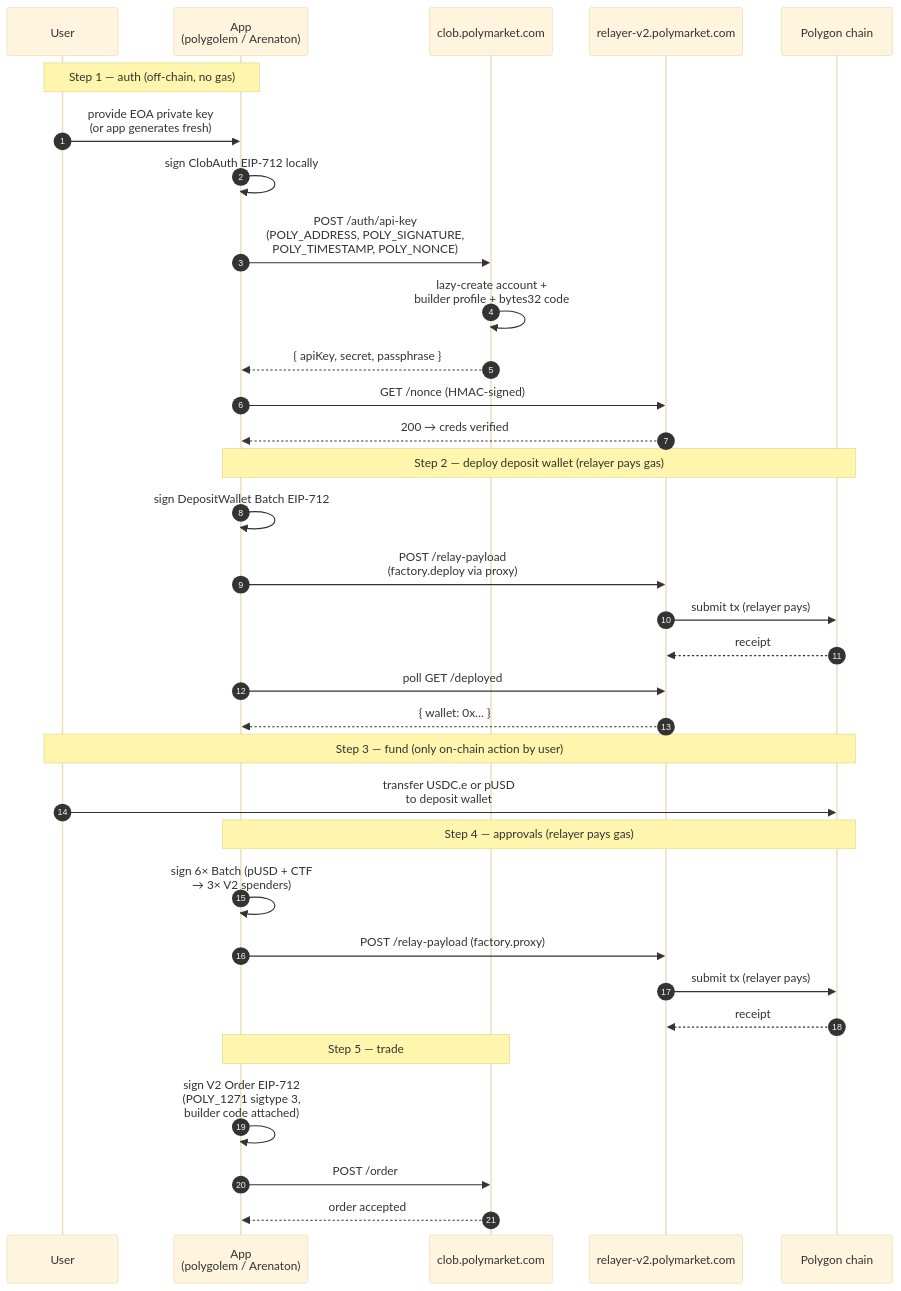
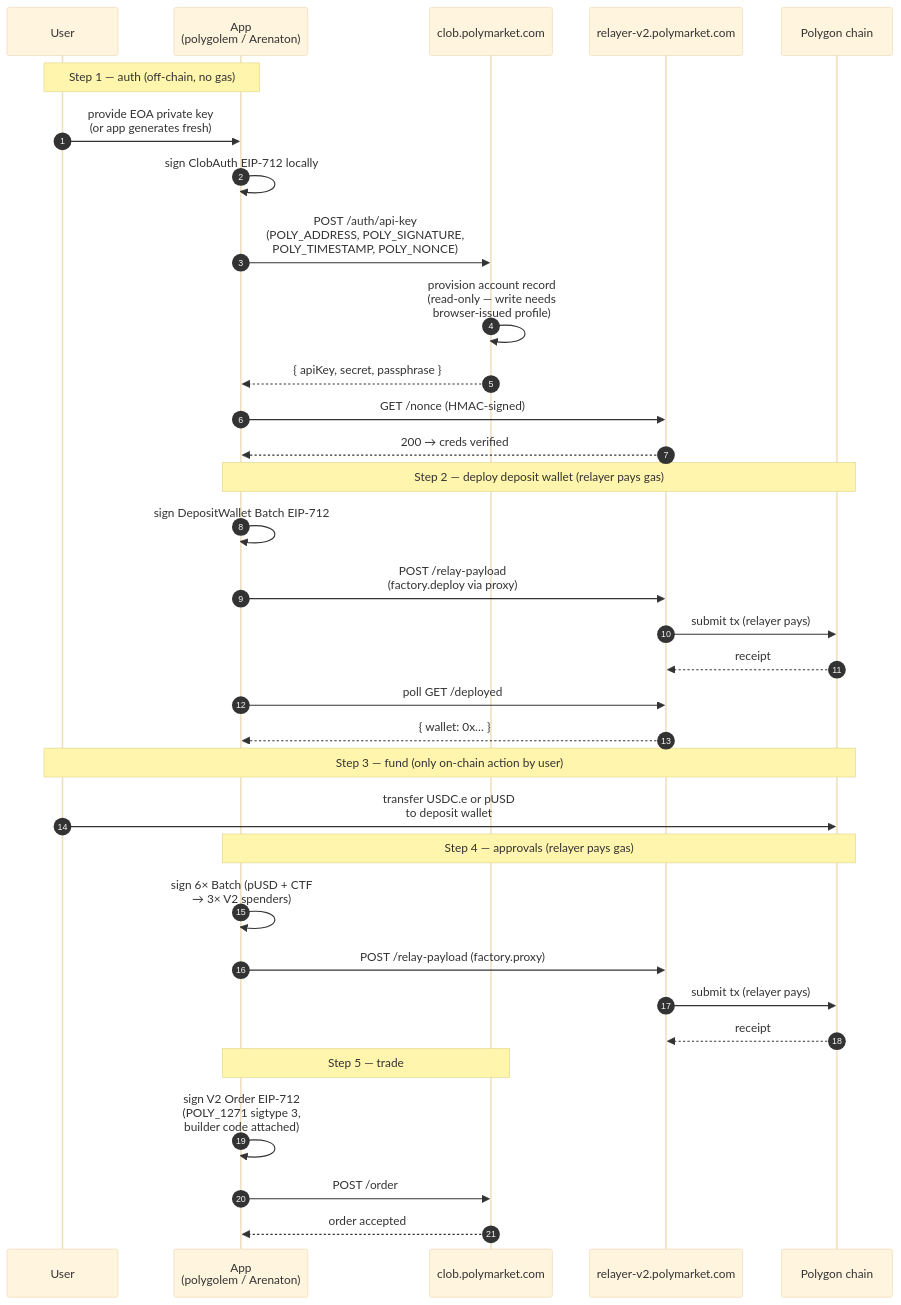
One commit to TrebuchetDynamics/polymarket-cli-go changed the diagram in docs/BUILDER-AUTO.md. Above: the diagram before and after it, drawn with Mermaid (base theme). The commit also changed other lines of this file, not shown here.

First line of the commit message:
docs(builder-auto): correct over-stated lazy-create claim

````diff
--- a/docs/BUILDER-AUTO.md
+++ b/docs/BUILDER-AUTO.md
@@ -34,40 +34,40 @@
 ```mermaid
 sequenceDiagram
     autonumber
     participant U as User
     participant A as App<br/>(polygolem / Arenaton)
     participant C as clob.polymarket.com
     participant R as relayer-v2.polymarket.com
     participant P as Polygon chain
 
     Note over U,A: Step 1 — auth (off-chain, no gas)
     U->>A: provide EOA private key<br/>(or app generates fresh)
     A->>A: sign ClobAuth EIP-712 locally
     A->>C: POST /auth/api-key<br/>(POLY_ADDRESS, POLY_SIGNATURE,<br/>POLY_TIMESTAMP, POLY_NONCE)
-    C->>C: lazy-create account +<br/>builder profile + bytes32 code
+    C->>C: provision account record<br/>(read-only — write needs<br/>browser-issued profile)
     C-->>A: { apiKey, secret, passphrase }
     A->>R: GET /nonce (HMAC-signed)
     R-->>A: 200 → creds verified
 
     Note over A,P: Step 2 — deploy deposit wallet (relayer pays gas)
     A->>A: sign DepositWallet Batch EIP-712
     A->>R: POST /relay-payload<br/>(factory.deploy via proxy)
     R->>P: submit tx (relayer pays)
     P-->>R: receipt
     A->>R: poll GET /deployed
     R-->>A: { wallet: 0x… }
 
     Note over U,P: Step 3 — fund (only on-chain action by user)
     U->>P: transfer USDC.e or pUSD<br/>to deposit wallet
 
     Note over A,P: Step 4 — approvals (relayer pays gas)
     A->>A: sign 6× Batch (pUSD + CTF<br/>→ 3× V2 spenders)
     A->>R: POST /relay-payload (factory.proxy)
     R->>P: submit tx (relayer pays)
     P-->>R: receipt
 
     Note over A,C: Step 5 — trade
     A->>A: sign V2 Order EIP-712<br/>(POLY_1271 sigtype 3,<br/>builder code attached)
     A->>C: POST /order
     C-->>A: order accepted
 ```
````
